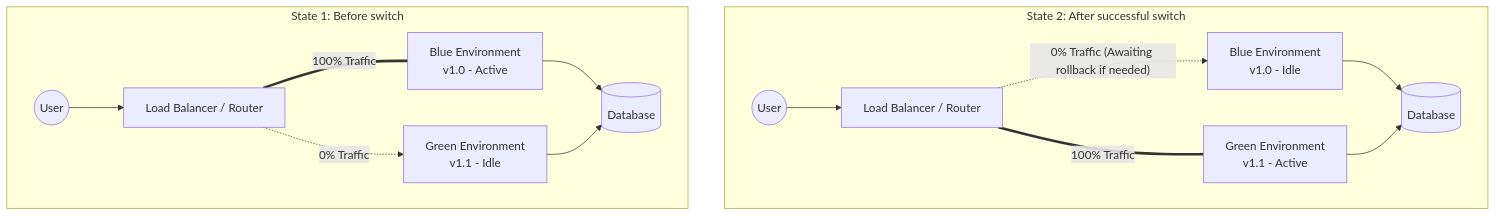
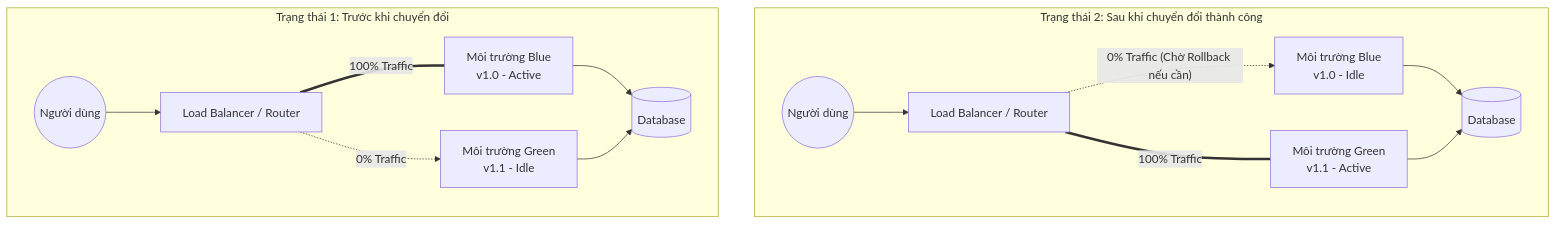
One commit to ga2631/ga2631.github.io changed the diagram in src/data/blog/en/72-2026-09-23-blue-green-deployment-strategy.md. Above: the diagram before and after it, drawn with Mermaid. The commit also changed other lines of this file and 114 other files, not shown here.

````diff
--- a/src/data/blog/en/72-2026-09-23-blue-green-deployment-strategy.md
+++ b/src/data/blog/en/72-2026-09-23-blue-green-deployment-strategy.md
@@ -38,17 +38,17 @@
 ```mermaid
 graph TD
-  subgraph State 2: After successful switch
-    U2((User)) --> LB2[Load Balancer / Router]
-    LB2 -. "0% Traffic (Awaiting rollback if needed)" .-> B2[Blue Environment <br> v1.0 - Idle]
-    LB2 == "100% Traffic" === G2[Green Environment <br> v1.1 - Active]
-    B2 --> DB2[(Database)]
-    G2 --> DB2
-  end
-  subgraph State 1: Before switch
-    U1((User)) --> LB1[Load Balancer / Router]
-    LB1 == "100% Traffic" === B1[Blue Environment <br> v1.0 - Active]
-    LB1 -. "0% Traffic" .-> G1[Green Environment <br> v1.1 - Idle]
-    B1 --> DB1[(Database)]
-    G1 --> DB1
-  end
+    subgraph Trạng thái 2: Sau khi chuyển đổi thành công
+        U2((Người dùng)) --> LB2[Load Balancer / Router]
+        LB2 -. "0% Traffic (Chờ Rollback nếu cần)" .-> B2[Môi trường Blue <br> v1.0 - Idle]
+        LB2 == "100% Traffic" === G2[Môi trường Green <br> v1.1 - Active]
+        B2 --> DB2[(Database)]
+        G2 --> DB2
+    end
+    subgraph Trạng thái 1: Trước khi chuyển đổi
+        U1((Người dùng)) --> LB1[Load Balancer / Router]
+        LB1 == "100% Traffic" === B1[Môi trường Blue <br> v1.0 - Active]
+        LB1 -. "0% Traffic" .-> G1[Môi trường Green <br> v1.1 - Idle]
+        B1 --> DB1[(Database)]
+        G1 --> DB1
+    end
 ```
````
